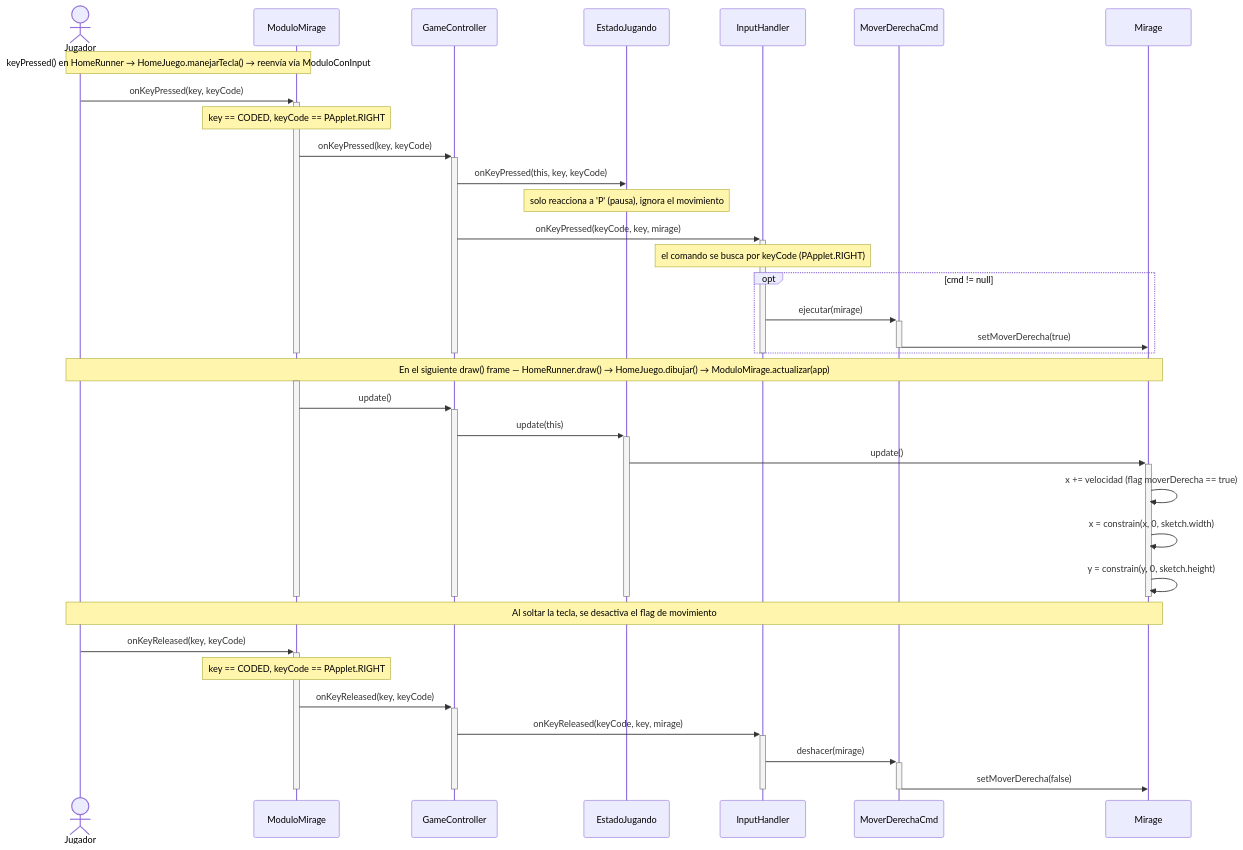
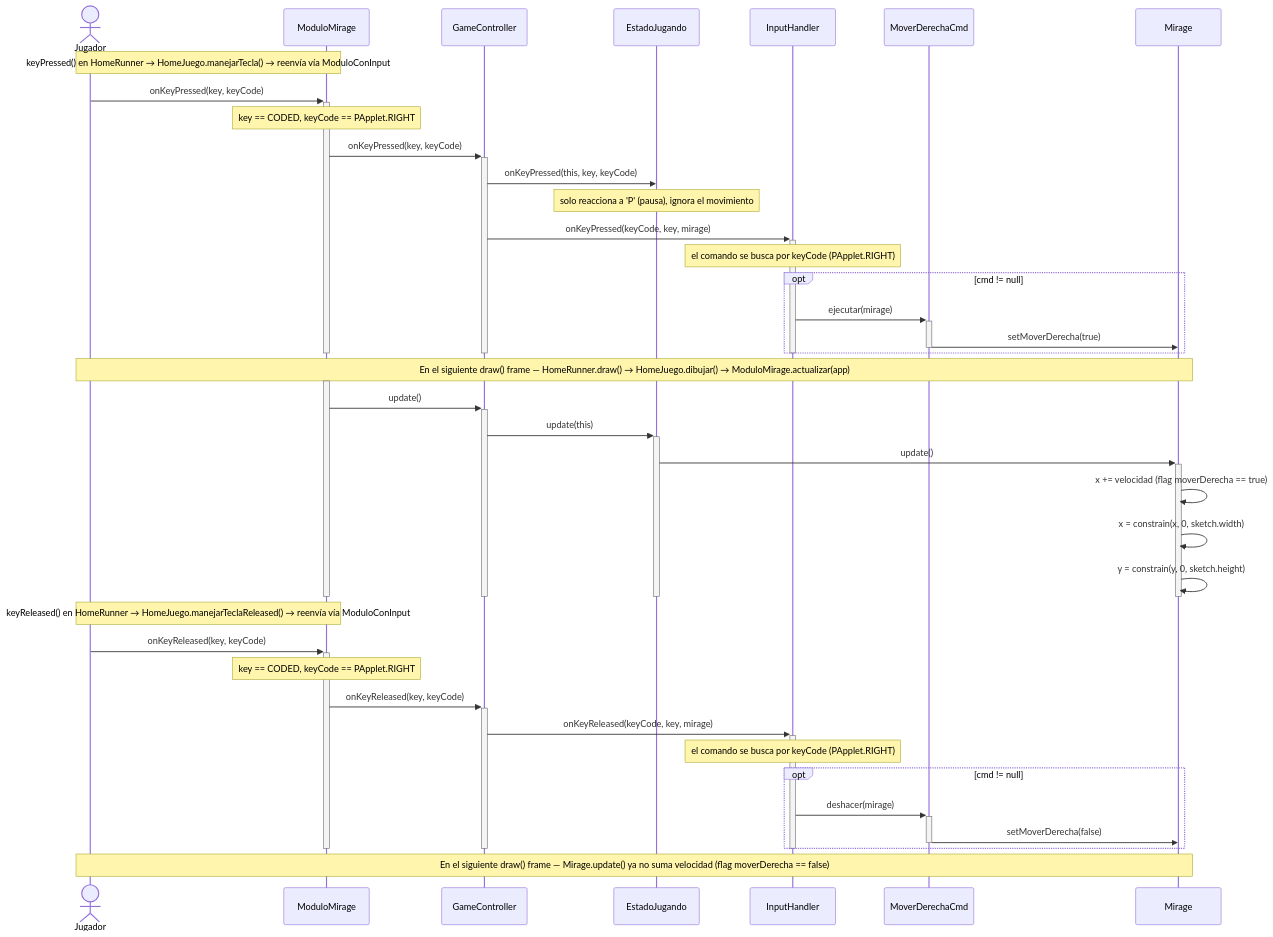
The second of 9 diagrams in docs/v1/analisis/casos-de-uso.md (Christian-Rojas-Rodriguez/juego-1982), drawn with Mermaid before and after one commit.

Commit message:
docs(v1): modificar diagramas de secuencia de uc2, uc4 y uc5

````diff
--- a/docs/v1/analisis/casos-de-uso.md
+++ b/docs/v1/analisis/casos-de-uso.md
@@ -60,52 +60,57 @@
 ```mermaid
 sequenceDiagram
     actor Jugador
     participant ModuloMirage
     participant GameController
     participant EstadoJugando
     participant InputHandler
     participant MoverDerechaCmd
     participant Mirage
 
     Note over Jugador,ModuloMirage: keyPressed() en HomeRunner → HomeJuego.manejarTecla() → reenvía vía ModuloConInput
     Jugador->>+ModuloMirage: onKeyPressed(key, keyCode)
     Note over ModuloMirage: key == CODED, keyCode == PApplet.RIGHT
     ModuloMirage->>+GameController: onKeyPressed(key, keyCode)
     GameController->>EstadoJugando: onKeyPressed(this, key, keyCode)
     Note over EstadoJugando: solo reacciona a 'P' (pausa), ignora el movimiento
     GameController->>+InputHandler: onKeyPressed(keyCode, key, mirage)
     Note over InputHandler: el comando se busca por keyCode (PApplet.RIGHT)
     opt cmd != null
         InputHandler->>+MoverDerechaCmd: ejecutar(mirage)
         MoverDerechaCmd->>Mirage: setMoverDerecha(true)
         deactivate MoverDerechaCmd
     end
     deactivate InputHandler
     deactivate GameController
     deactivate ModuloMirage
 
     Note over Jugador,Mirage: En el siguiente draw() frame — HomeRunner.draw() → HomeJuego.dibujar() → ModuloMirage.actualizar(app)
     activate ModuloMirage
     ModuloMirage->>+GameController: update()
     GameController->>+EstadoJugando: update(this)
     EstadoJugando->>+Mirage: update()
     Mirage->>Mirage: x += velocidad (flag moverDerecha == true)
     Mirage->>Mirage: x = constrain(x, 0, sketch.width)
     Mirage->>Mirage: y = constrain(y, 0, sketch.height)
     deactivate Mirage
     deactivate EstadoJugando
     deactivate GameController
     deactivate ModuloMirage
 
-    Note over Jugador,Mirage: Al soltar la tecla, se desactiva el flag de movimiento
+    Note over Jugador,ModuloMirage: keyReleased() en HomeRunner → HomeJuego.manejarTeclaReleased() → reenvía vía ModuloConInput
     Jugador->>+ModuloMirage: onKeyReleased(key, keyCode)
     Note over ModuloMirage: key == CODED, keyCode == PApplet.RIGHT
     ModuloMirage->>+GameController: onKeyReleased(key, keyCode)
     GameController->>+InputHandler: onKeyReleased(keyCode, key, mirage)
-    InputHandler->>+MoverDerechaCmd: deshacer(mirage)
-    MoverDerechaCmd->>Mirage: setMoverDerecha(false)
-    deactivate MoverDerechaCmd
+    Note over InputHandler: el comando se busca por keyCode (PApplet.RIGHT)
+    opt cmd != null
+        InputHandler->>+MoverDerechaCmd: deshacer(mirage)
+        MoverDerechaCmd->>Mirage: setMoverDerecha(false)
+        deactivate MoverDerechaCmd
+    end
     deactivate InputHandler
     deactivate GameController
     deactivate ModuloMirage
+
+    Note over Jugador,Mirage: En el siguiente draw() frame — Mirage.update() ya no suma velocidad (flag moverDerecha == false)
 ```
````
